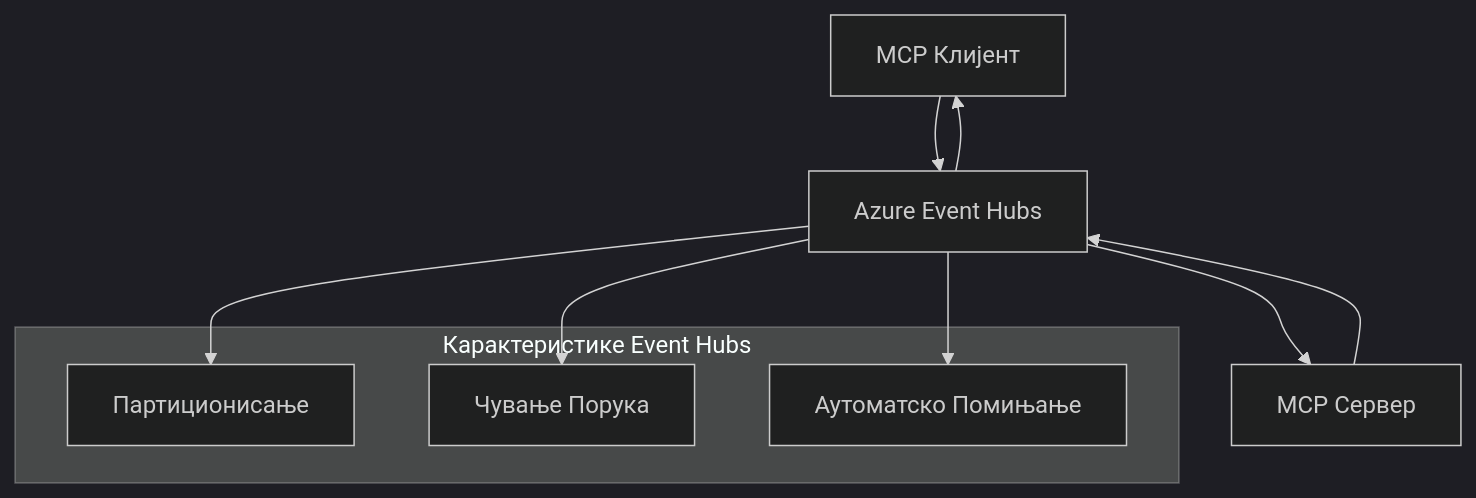
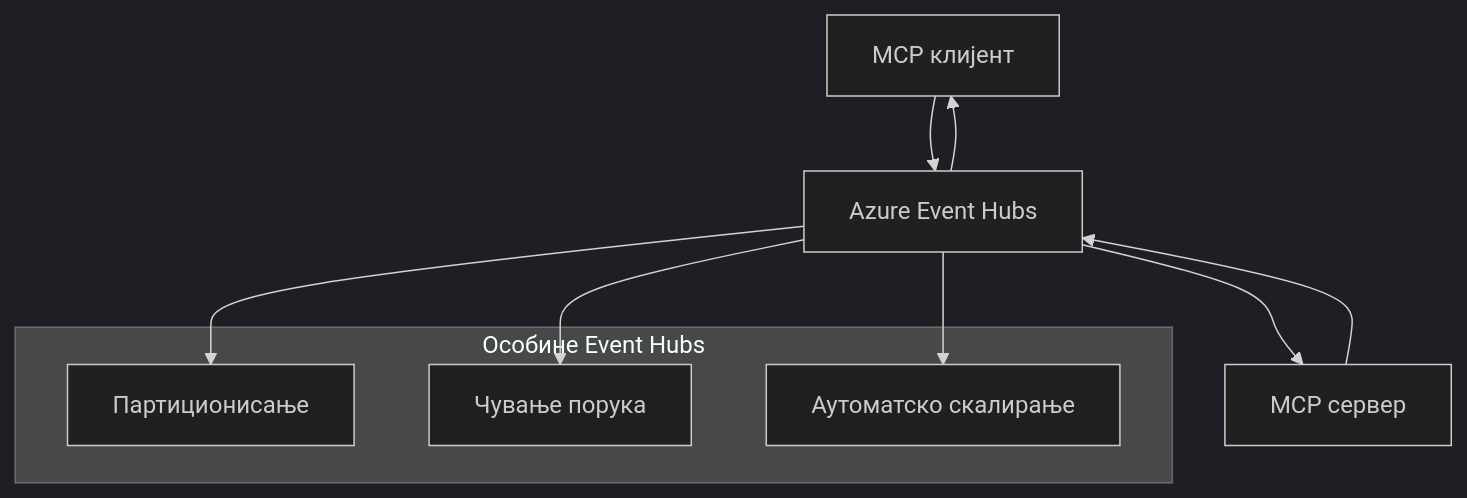
The second of 2 diagrams in mcp_ecosystem__model_context_protocol/mcp_learning_resources/mcp-for-beginners/translations/sr/05-AdvancedTopics/mcp-transport/README.md (HIDORAKAI002/ai-workspace-archive), drawn with Mermaid (dark theme) before and after one commit. The commit also changed other lines of this file and 1046 other files, not shown here.

````diff
--- a/mcp_ecosystem__model_context_protocol/mcp_learning_resources/mcp-for-beginners/translations/sr/05-AdvancedTopics/mcp-transport/README.md
+++ b/mcp_ecosystem__model_context_protocol/mcp_learning_resources/mcp-for-beginners/translations/sr/05-AdvancedTopics/mcp-transport/README.md
@@ -270,17 +272,17 @@
 ```mermaid
 graph TB
-    Client[MCP Клијент] --> EH[Azure Event Hubs]
-    EH --> Server[MCP Сервер]
+    Client[MCP клијент] --> EH[Azure Event Hubs]
+    EH --> Server[MCP сервер]
     Server --> EH
     EH --> Client
     
-    subgraph "Карактеристике Event Hubs"
+    subgraph "Особине Event Hubs"
         Partition[Партиционисање]
-        Retention[Чување Порука]
-        Scaling[Аутоматско Помињање]
+        Retention[Чување порука]
+        Scaling[Аутоматско скалирање]
     end
     
     EH --> Partition
     EH --> Retention
     EH --> Scaling
 ```
````
